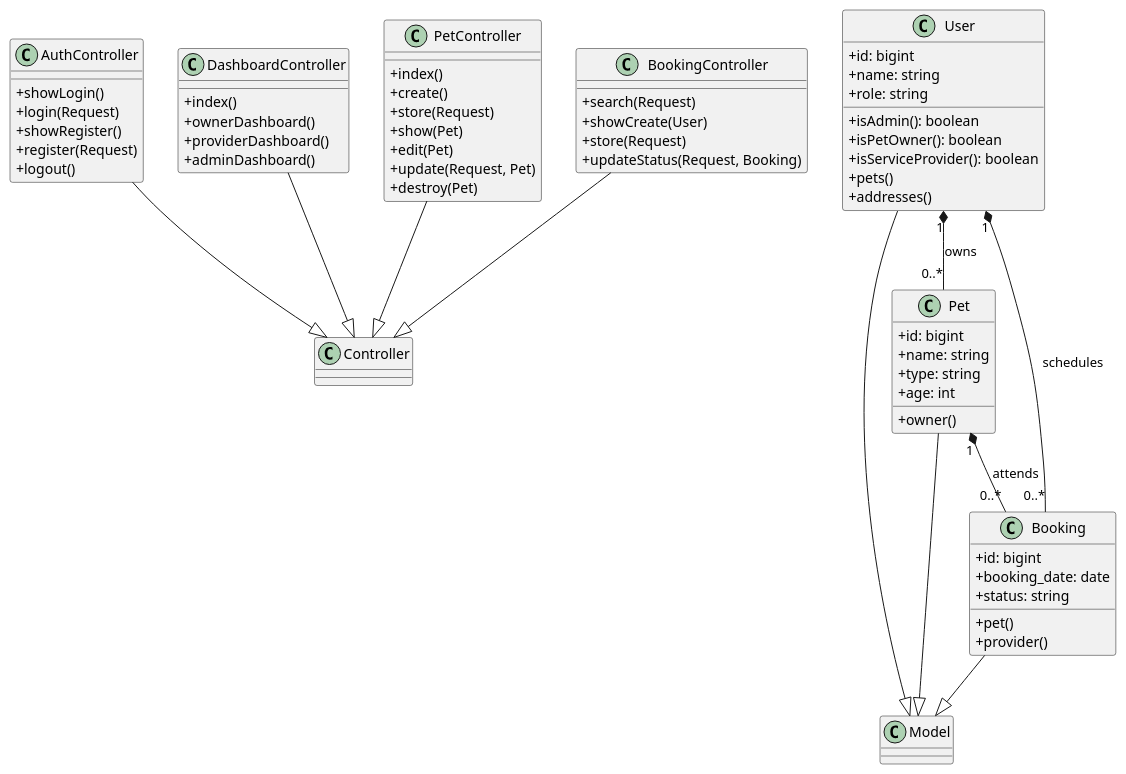
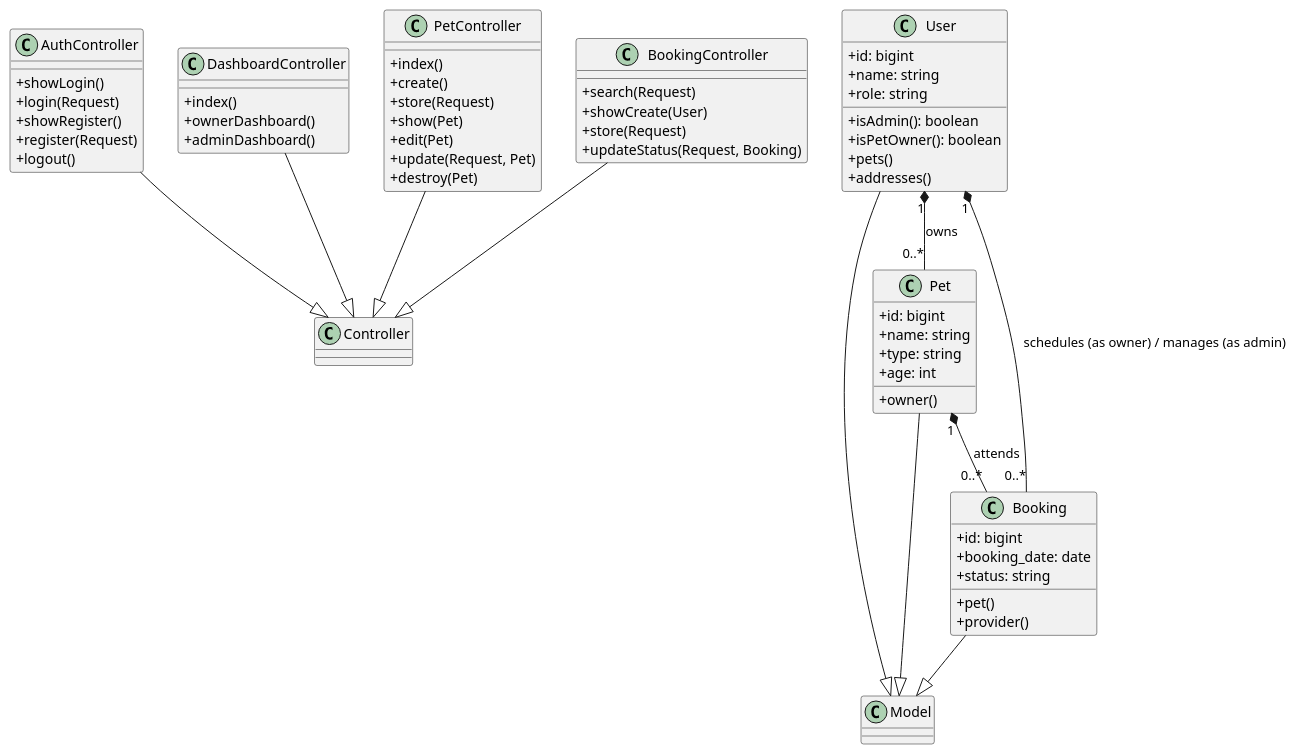
The fifth of 6 diagrams in pet_care_system_design_puml.md (Dhnnz12/PawPal), drawn with PlantUML before and after one commit. The commit also changed other lines of this file and 4 other files, not shown here.

````diff
--- a/pet_care_system_design_puml.md
+++ b/pet_care_system_design_puml.md
@@ -301,7 +294,6 @@
 class DashboardController {
   +index()
   +ownerDashboard()
-  +providerDashboard()
   +adminDashboard()
 }
 
@@ -328,7 +320,6 @@
   +role: string
   +isAdmin(): boolean
   +isPetOwner(): boolean
-  +isServiceProvider(): boolean
   +pets()
   +addresses()
 }
@@ -359,7 +350,7 @@
 Booking --|> Model
 
 User "1" *-- "0..*" Pet : owns
-User "1" *-- "0..*" Booking : schedules
+User "1" *-- "0..*" Booking : schedules (as owner) / manages (as admin)
 Pet "1" *-- "0..*" Booking : attends
 @enduml
 ```
````
